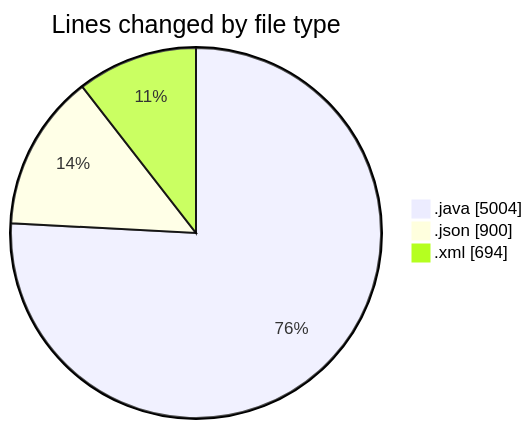
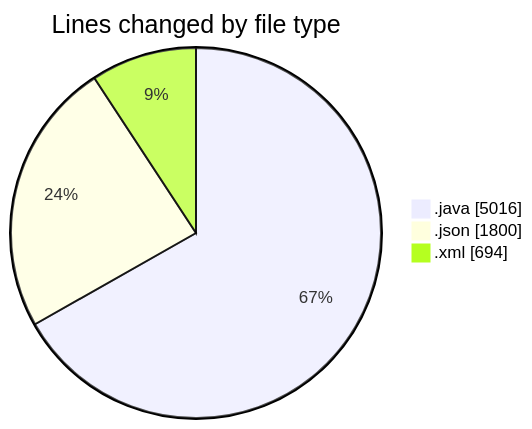
Before and after one commit to ricardozamudiocil/code-tracking: the first of 2 diagrams in 2026-03-31/cilapp/README.md, drawn with Mermaid. The commit also changed other lines of this file and 1 other file, not shown here.

````diff
--- a/2026-03-31/cilapp/README.md
+++ b/2026-03-31/cilapp/README.md
@@ -25,7 +25,7 @@
 ```mermaid
 pie showData
 title Lines changed by file type
-".java" : 5004
-".json" : 900
+".java" : 5016
+".json" : 1800
 ".xml" : 694
 ```
````
